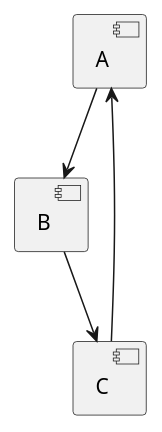
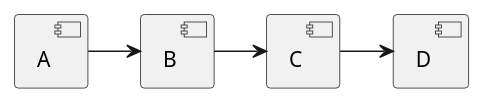
One commit to schlumpfen/cheatsheets changed the diagram in 1_Usecase/usecase1.puml. Above: the diagram before and after it, drawn with PlantUML.

```diff
--- a/1_Usecase/usecase1.puml
+++ b/1_Usecase/usecase1.puml
@@ -1,5 +1,5 @@
 @startuml
 [A] -> [B]
 [B] -> [C]
-[C] ---> [A]
+[C] -> [D]
 @enduml
```
